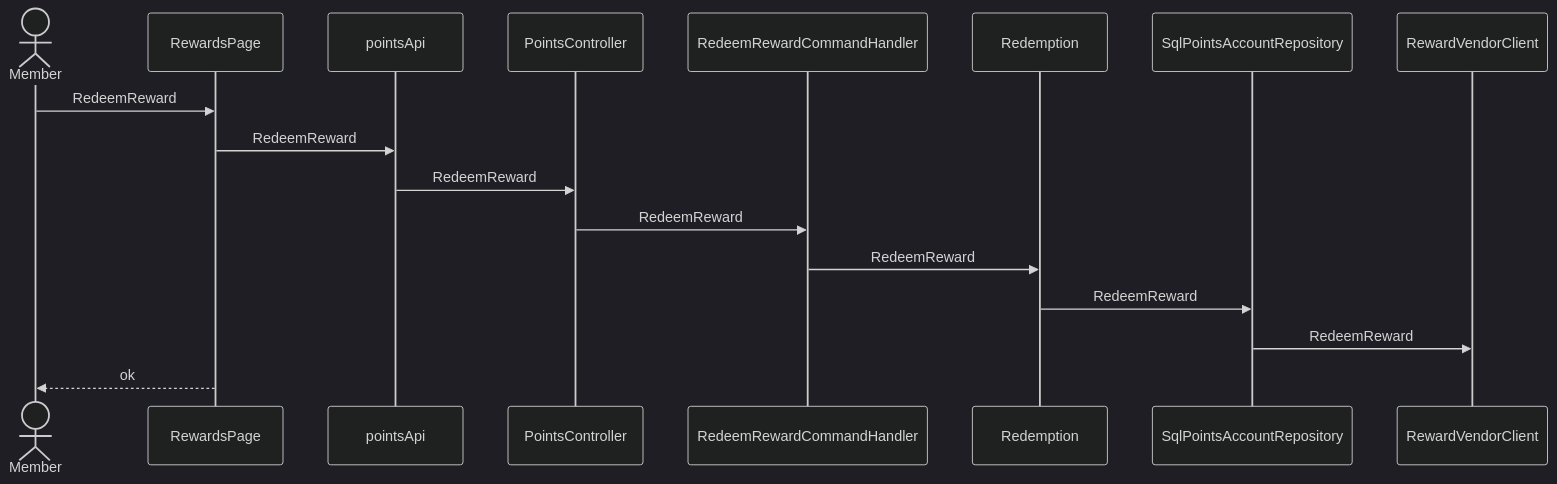
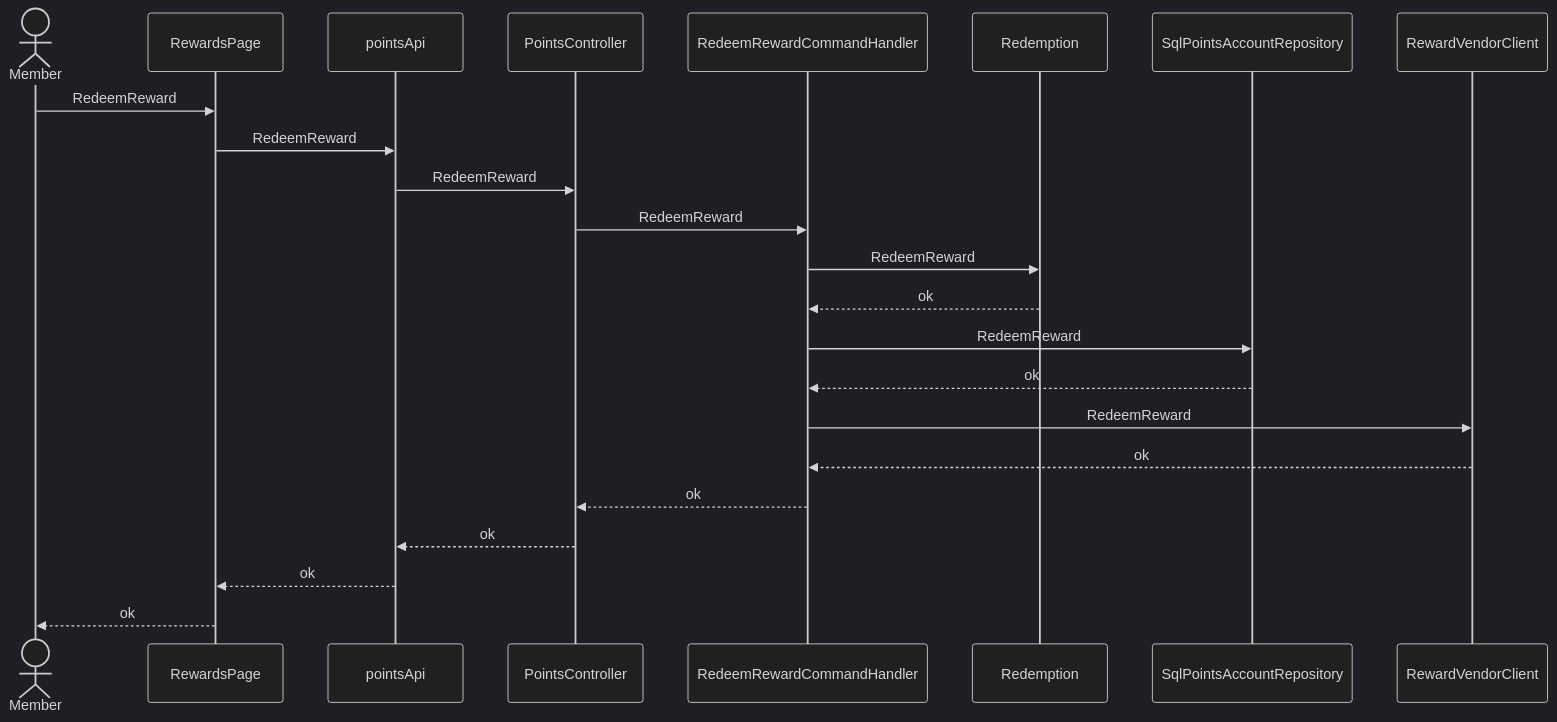
One commit to pin0513/AITools changed the fourth of 6 diagrams in skills/spec-dev-process/examples/matrix/fs-back-zh-s3/specs/rd/points-redemption/spec/30-architecture-c4.md. Above: the diagram before and after it, drawn with Mermaid (dark theme). The commit also changed other lines of this file and 257 other files, not shown here.

````diff
--- a/skills/spec-dev-process/examples/matrix/fs-back-zh-s3/specs/rd/points-redemption/spec/30-architecture-c4.md
+++ b/skills/spec-dev-process/examples/matrix/fs-back-zh-s3/specs/rd/points-redemption/spec/30-architecture-c4.md
@@ -92,19 +92,25 @@
 ```mermaid
 sequenceDiagram
   actor U as Member
   participant CMP001 as RewardsPage
   participant CMP002 as pointsApi
   participant CMP003 as PointsController
   participant CMP004 as RedeemRewardCommandHandler
   participant CMP007 as Redemption
   participant CMP008 as SqlPointsAccountRepository
   participant CMP009 as RewardVendorClient
   U->>CMP001: RedeemReward
   CMP001->>CMP002: RedeemReward
   CMP002->>CMP003: RedeemReward
   CMP003->>CMP004: RedeemReward
   CMP004->>CMP007: RedeemReward
-  CMP007->>CMP008: RedeemReward
-  CMP008->>CMP009: RedeemReward
+  CMP007-->>CMP004: ok
+  CMP004->>CMP008: RedeemReward
+  CMP008-->>CMP004: ok
+  CMP004->>CMP009: RedeemReward
+  CMP009-->>CMP004: ok
+  CMP004-->>CMP003: ok
+  CMP003-->>CMP002: ok
+  CMP002-->>CMP001: ok
   CMP001-->>U: ok
 ```
````
